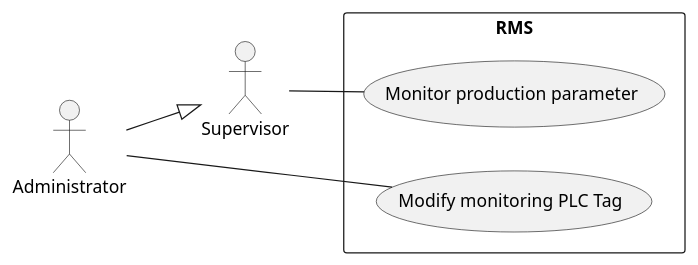
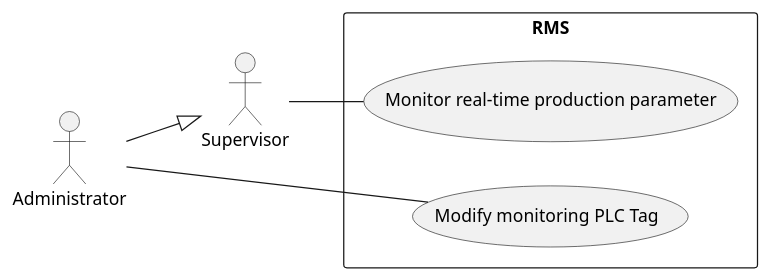
One commit to f-pms/Document changed the diagram in Report7/SRS/FunctionalRequirement/Monitoring/use-case.wsd. Above: the diagram before and after it, drawn with PlantUML. The commit also changed 4 other files, not shown here.

```diff
--- a/Report7/SRS/FunctionalRequirement/Monitoring/use-case.wsd
+++ b/Report7/SRS/FunctionalRequirement/Monitoring/use-case.wsd
@@ -1,15 +1,15 @@
 @startuml
 left to right direction
 actor "Supervisor" as m
 actor "Administrator" as a
 
 rectangle RMS {
- (Monitor production parameter) as mp
+ (Monitor real-time production parameter) as mp
  (Modify monitoring PLC Tag) as mm
 }
 
 m -- mp
 a --|> m
 a -- mm
 
 @enduml
```
